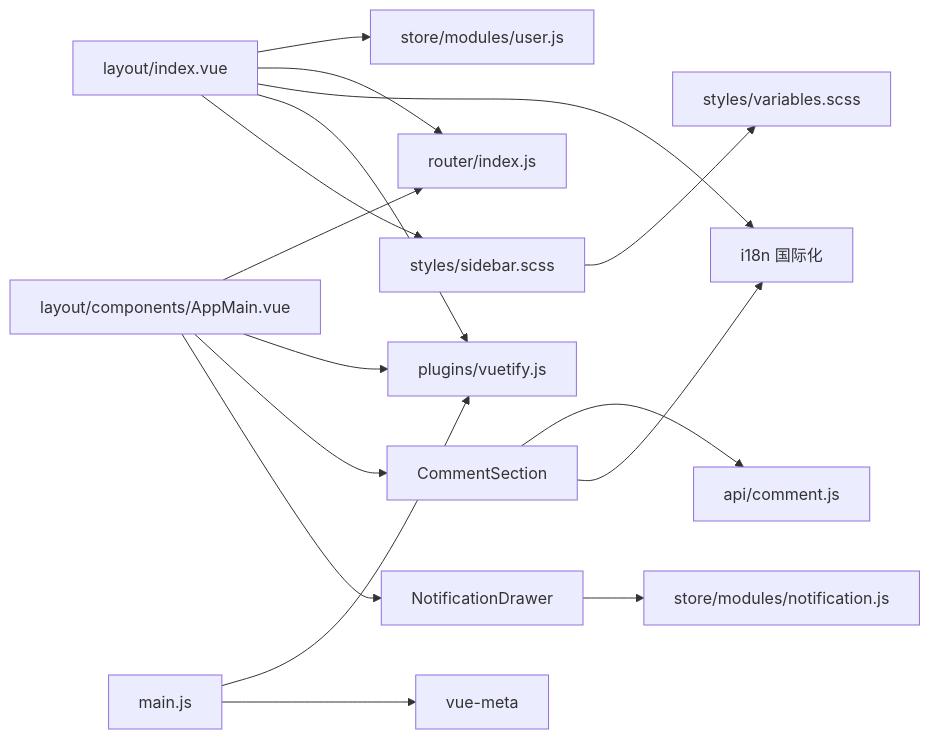
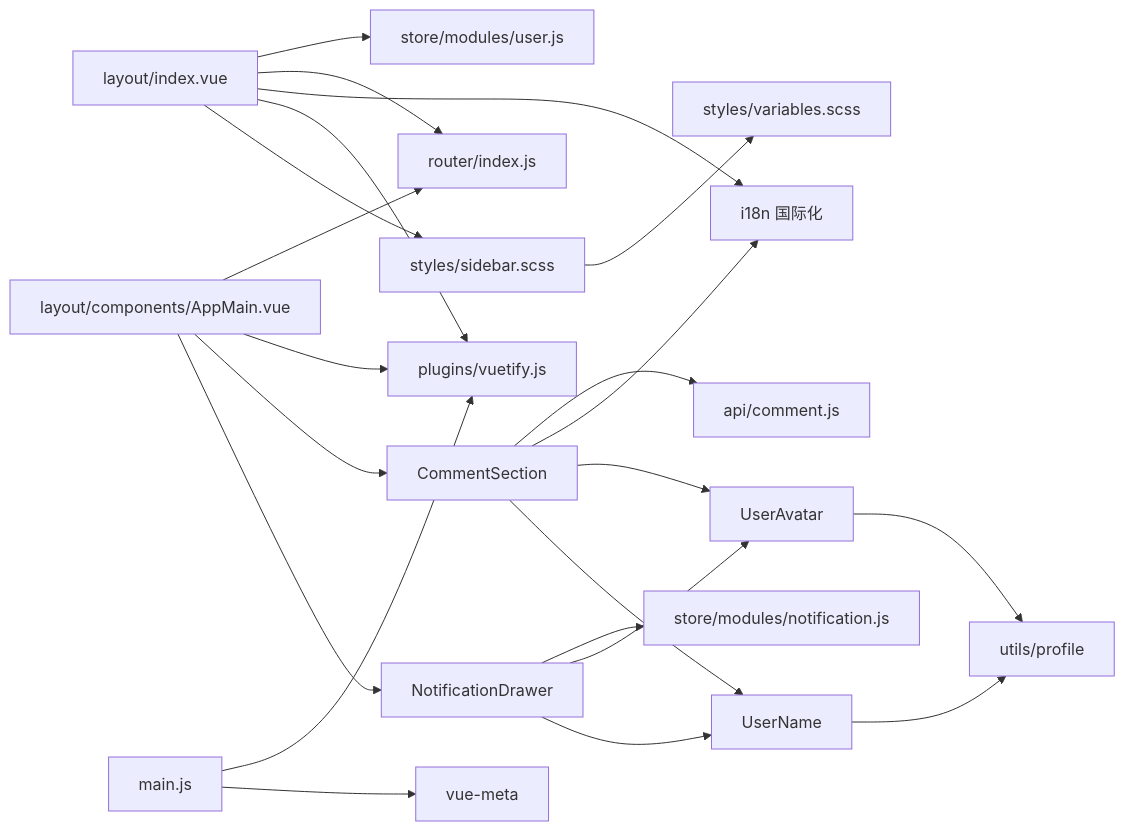
The fourth of 4 diagrams in .qoder/repowiki/zh/content/前端应用/组件架构/布局组件.md (TinyMaD/SpeedRunnersLab), drawn with Mermaid before and after one commit. The commit also changed other lines of this file and 9 other files, not shown here.

````diff
--- a/.qoder/repowiki/zh/content/前端应用/组件架构/布局组件.md
+++ b/.qoder/repowiki/zh/content/前端应用/组件架构/布局组件.md
@@ -482,18 +603,24 @@
 ```mermaid
 graph LR
 L["layout/index.vue"] --> S["store/modules/user.js"]
 L --> R["router/index.js"]
 L --> I18N["i18n 国际化"]
 L --> V["plugins/vuetify.js"]
 AM["layout/components/AppMain.vue"] --> R
 AM --> V
 AM --> COMMENT["CommentSection"]
 AM --> NOTI["NotificationDrawer"]
 NOTI --> NOTIMOD["store/modules/notification.js"]
 COMMENT --> API["api/comment.js"]
 COMMENT --> I18N
+COMMENT --> USERAVATAR["UserAvatar"]
+COMMENT --> USERNAME["UserName"]
+USERAVATAR --> PROFILE["utils/profile"]
+USERNAME --> PROFILE
+NOTI --> USERAVATAR
+NOTI --> USERNAME
 MAIN["main.js"] --> V
 MAIN --> META["vue-meta"]
 L --> CSS["styles/sidebar.scss"]
 CSS --> VAR["styles/variables.scss"]
 ```
````
